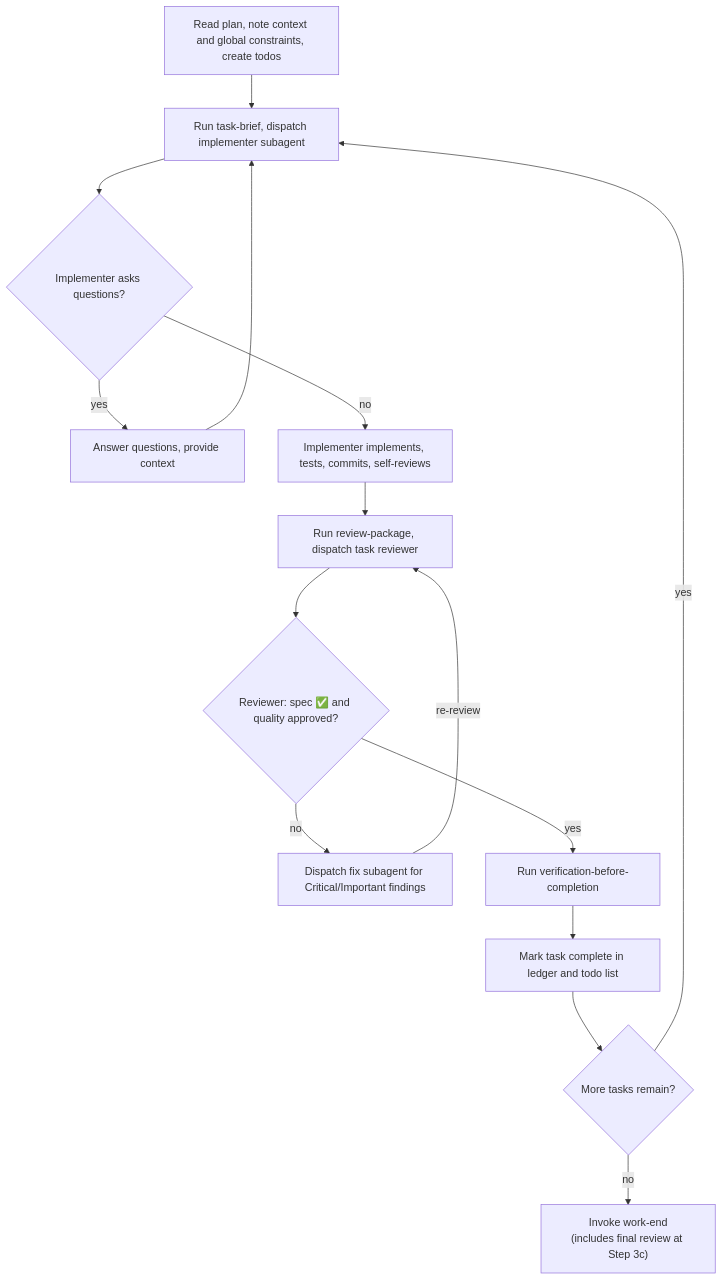
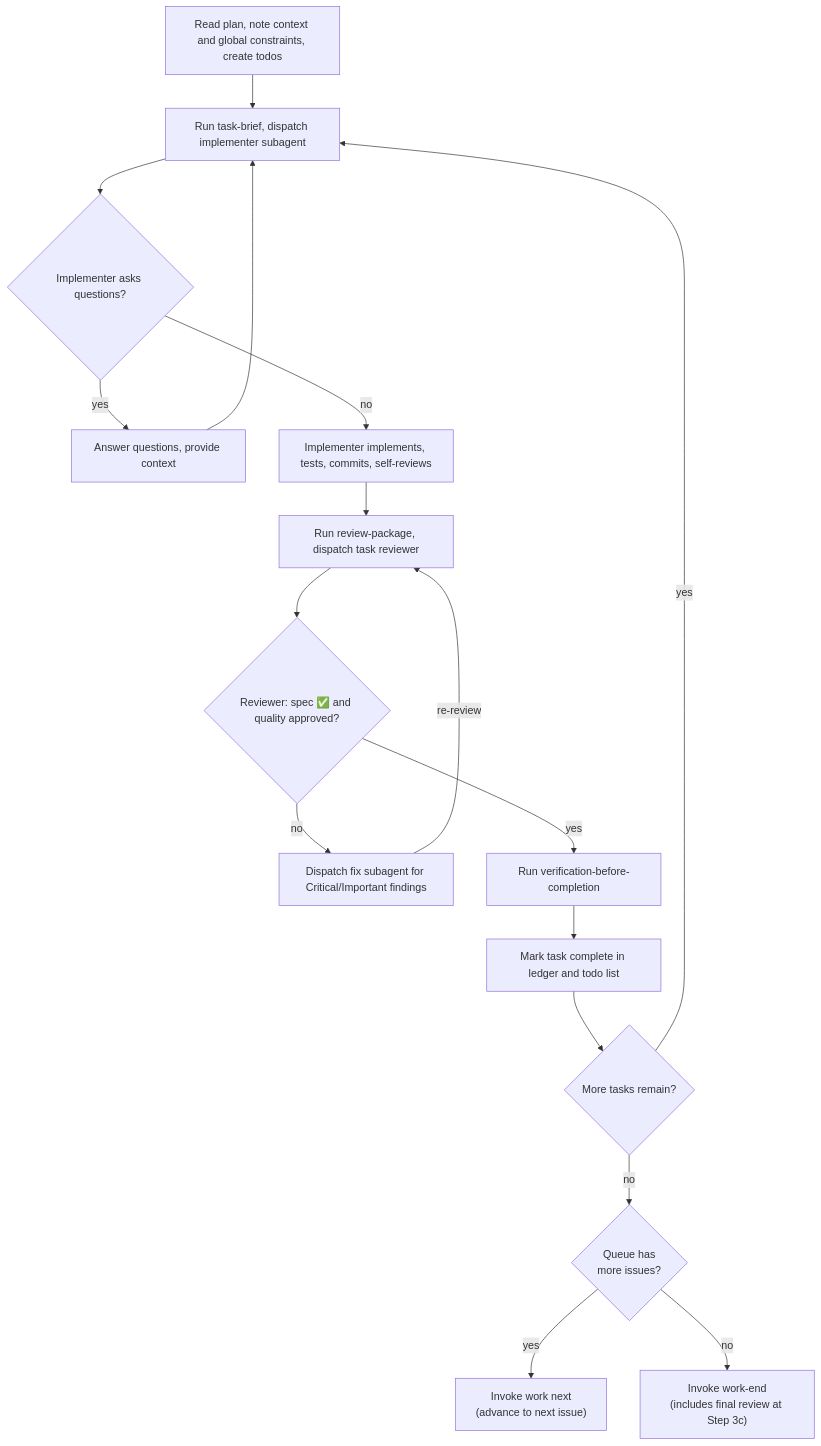
One commit to Hortora/soredium changed the second of 2 diagrams in subagent-driven-development/SKILL.md. Above: the diagram before and after it, drawn with Mermaid. The commit also changed other lines of this file and 1 other file, not shown here.

First line of the commit message:
fix: execution skills must check .plan queue before routing to work-end

````diff
--- a/subagent-driven-development/SKILL.md
+++ b/subagent-driven-development/SKILL.md
@@ -71,30 +71,34 @@
 ```mermaid
 flowchart TD
     PLAN["Read plan, note context and global constraints, create todos"]
     BRIEF["Run task-brief, dispatch implementer subagent"]
     QUESTIONS{"Implementer asks questions?"}
     ANSWER["Answer questions, provide context"]
     IMPLEMENT["Implementer implements, tests, commits, self-reviews"]
     REVIEW["Run review-package, dispatch task reviewer"]
     APPROVED{"Reviewer: spec ✅ and quality approved?"}
     FIX["Dispatch fix subagent for Critical/Important findings"]
     VBC["Run verification-before-completion"]
     DONE["Mark task complete in ledger and todo list"]
     MORE{"More tasks remain?"}
+    QUEUE{"Queue has\nmore issues?"}
+    WORKNEXT["Invoke work next\n(advance to next issue)"]
     WORKEND["Invoke work-end\n(includes final review at Step 3c)"]
 
     PLAN --> BRIEF
     BRIEF --> QUESTIONS
     QUESTIONS -->|"yes"| ANSWER
     ANSWER --> BRIEF
     QUESTIONS -->|"no"| IMPLEMENT
     IMPLEMENT --> REVIEW
     REVIEW --> APPROVED
     APPROVED -->|"no"| FIX
     FIX -->|"re-review"| REVIEW
     APPROVED -->|"yes"| VBC
     VBC --> DONE
     DONE --> MORE
     MORE -->|"yes"| BRIEF
-    MORE -->|"no"| WORKEND
+    MORE -->|"no"| QUEUE
+    QUEUE -->|"yes"| WORKNEXT
+    QUEUE -->|"no"| WORKEND
 ```
````
